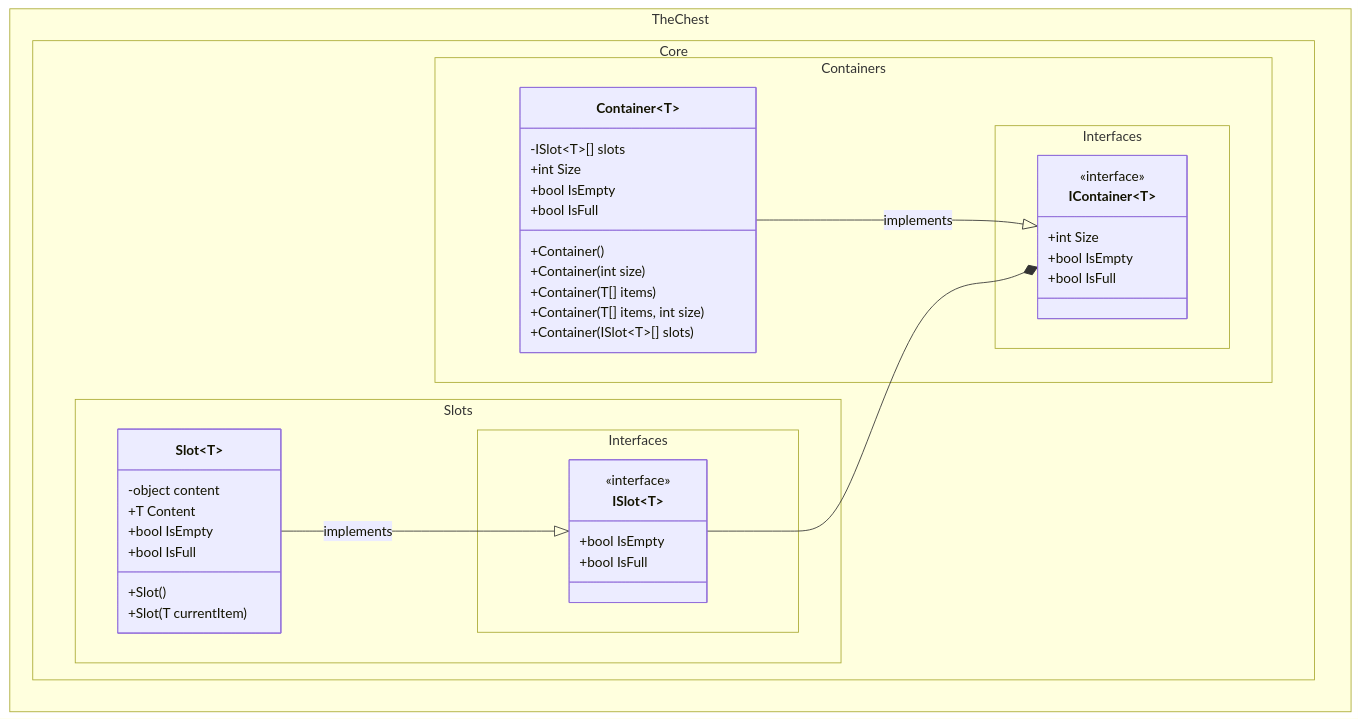
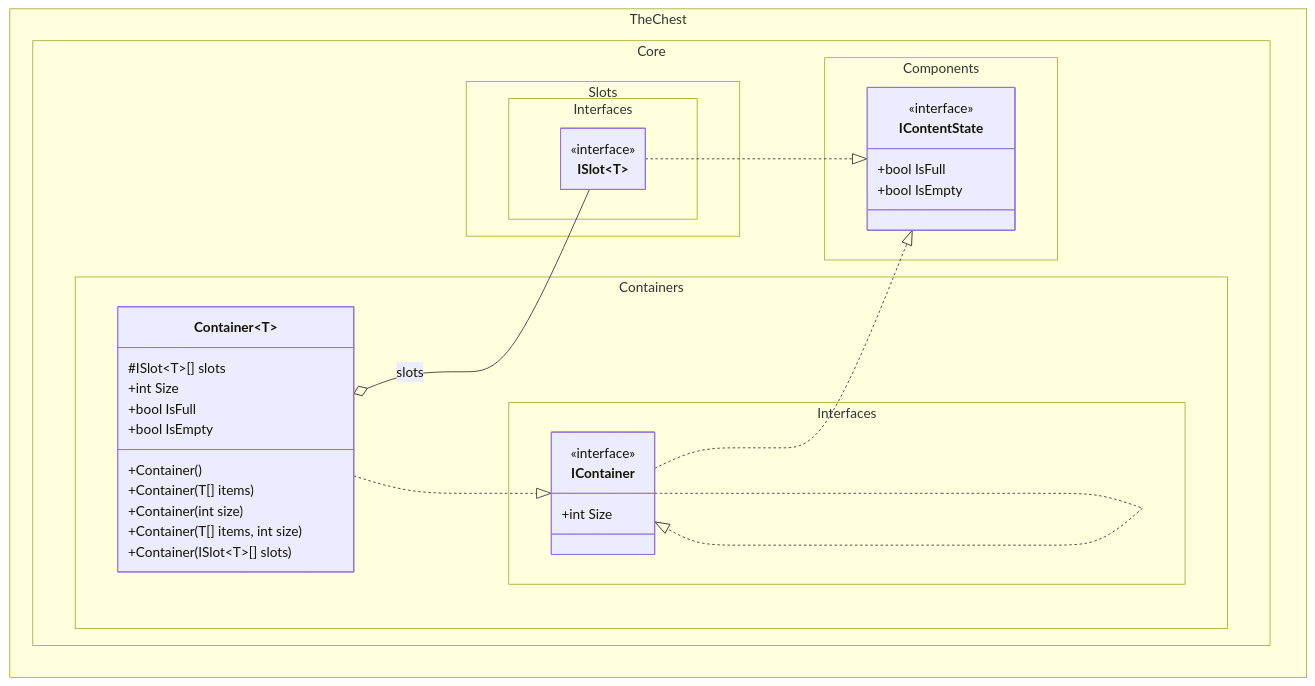
The first of 6 diagrams in docs/class_diagram.md (The-Chest/TheChest.Core), drawn with Mermaid before and after one commit. The commit also changed other lines of this file, not shown here.

Commit message:
Changes in class_diagrams.md

````diff
--- a/docs/class_diagram.md
+++ b/docs/class_diagram.md
@@ -9,60 +9,50 @@
 ```mermaid
 ---
 config:
   theme: mc
   look: classic
   class:
     hideEmptyMembersBox: true
 ---
 classDiagram
 direction BT
-	namespace TheChest.Core.Containers.Interfaces {
+    namespace TheChest.Core.Components {
+        class IContentState {
+            <<interface>>
+            +bool IsFull
+            +bool IsEmpty
+        }
+    }
+    namespace TheChest.Core.Containers.Interfaces {
+        class IContainer {
+            <<interface>>
+            +int Size
+        }
         class IContainer~T~ {
-	        +int Size
-	        +bool IsEmpty
-	        +bool IsFull
+            <<interface>>
         }
-	}
-	namespace TheChest.Core.Slots.Interfaces {
+    }
+    namespace TheChest.Core.Slots.Interfaces {
         class ISlot~T~ {
-	        +bool IsEmpty
-	        +bool IsFull
+            <<interface>>
         }
-	}
-	namespace TheChest.Core.Containers {
+    }
+    namespace TheChest.Core.Containers {
         class Container~T~ {
-			-ISlot~T~[] slots
-
-	        +int Size
-	        +bool IsEmpty
-	        +bool IsFull
-
-			+Container()
-			+Container(int size)
-			+Container(T[] items)
-			+Container(T[] items, int size)
-			+Container(ISlot~T~[] slots)
-
+            #ISlot~T~[] slots
+            +int Size
+            +bool IsFull
+            +bool IsEmpty
+            +Container()
+            +Container(T[] items)
+            +Container(int size)
+            +Container(T[] items, int size)
+            +Container(ISlot~T~[] slots)
         }
-	}
-	namespace TheChest.Core.Slots {
-        class Slot~T~ {
-			-object content
-			+T Content
-
-			+Slot()
-			+Slot(T currentItem)
-
-			+bool IsEmpty
-			+bool IsFull
-
-        }
-	}
-
-	<<interface>> IContainer
-	<<interface>> ISlot
-
-    Container --|> IContainer : implements
-    ISlot --* IContainer
-    Slot --|> ISlot : implements
+    }
+    IContainer~T~ ..|> IContainer
+    IContainer~T~ ..|> IContentState
+    ISlot~T~ ..|> IContentState
+    Container~T~ ..|> IContainer~T~
+    Container~T~ o-- ISlot~T~ : slots
 ```
````
